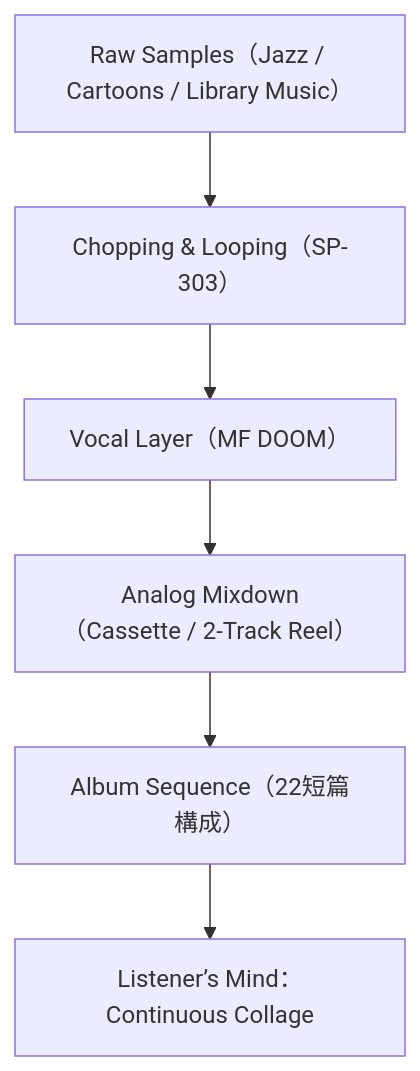
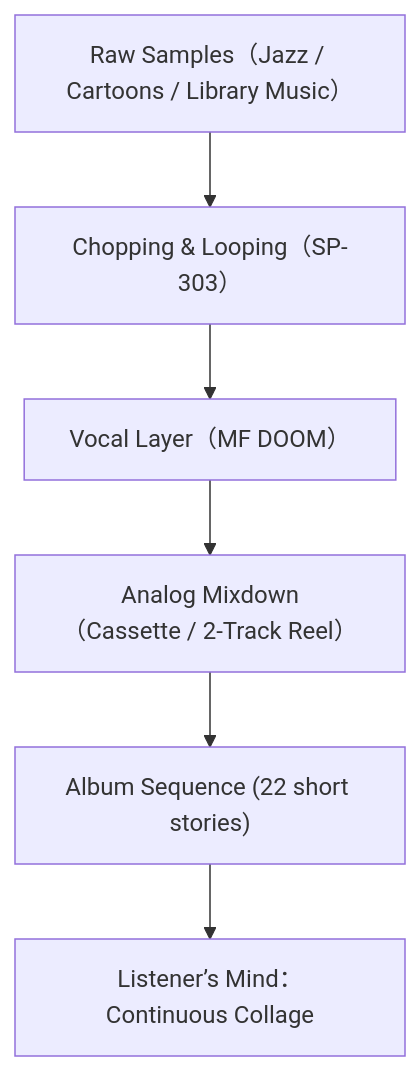
The second of 2 diagrams in en/_posts/2025-10-29-column-madvillain-madvillainy.md (monumental-movement/monumental-movement.github.io), drawn with Mermaid before and after one commit. The commit also changed other lines of this file and 152 other files, not shown here.

```diff
--- a/en/_posts/2025-10-29-column-madvillain-madvillainy.md
+++ b/en/_posts/2025-10-29-column-madvillain-madvillainy.md
@@ -194,13 +194,13 @@
 <div class="mermaid">
 
 flowchart TD
     A["Raw Samples（Jazz / Cartoons / Library Music）"]
     B["Chopping & Looping（SP-303）"]
     C["Vocal Layer（MF DOOM）"]
     D["Analog Mixdown（Cassette / 2-Track Reel）"]
-    E["Album Sequence（22短篇構成）"]
+    E["Album Sequence (22 short stories)"]
     F["Listener’s Mind：Continuous Collage"]
 
     A --> B --> C --> D --> E --> F
 
 </div>
```
